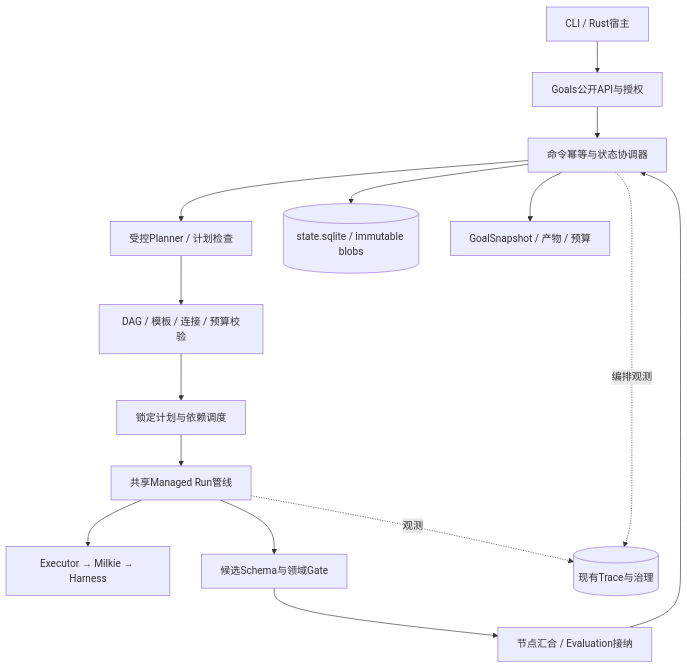
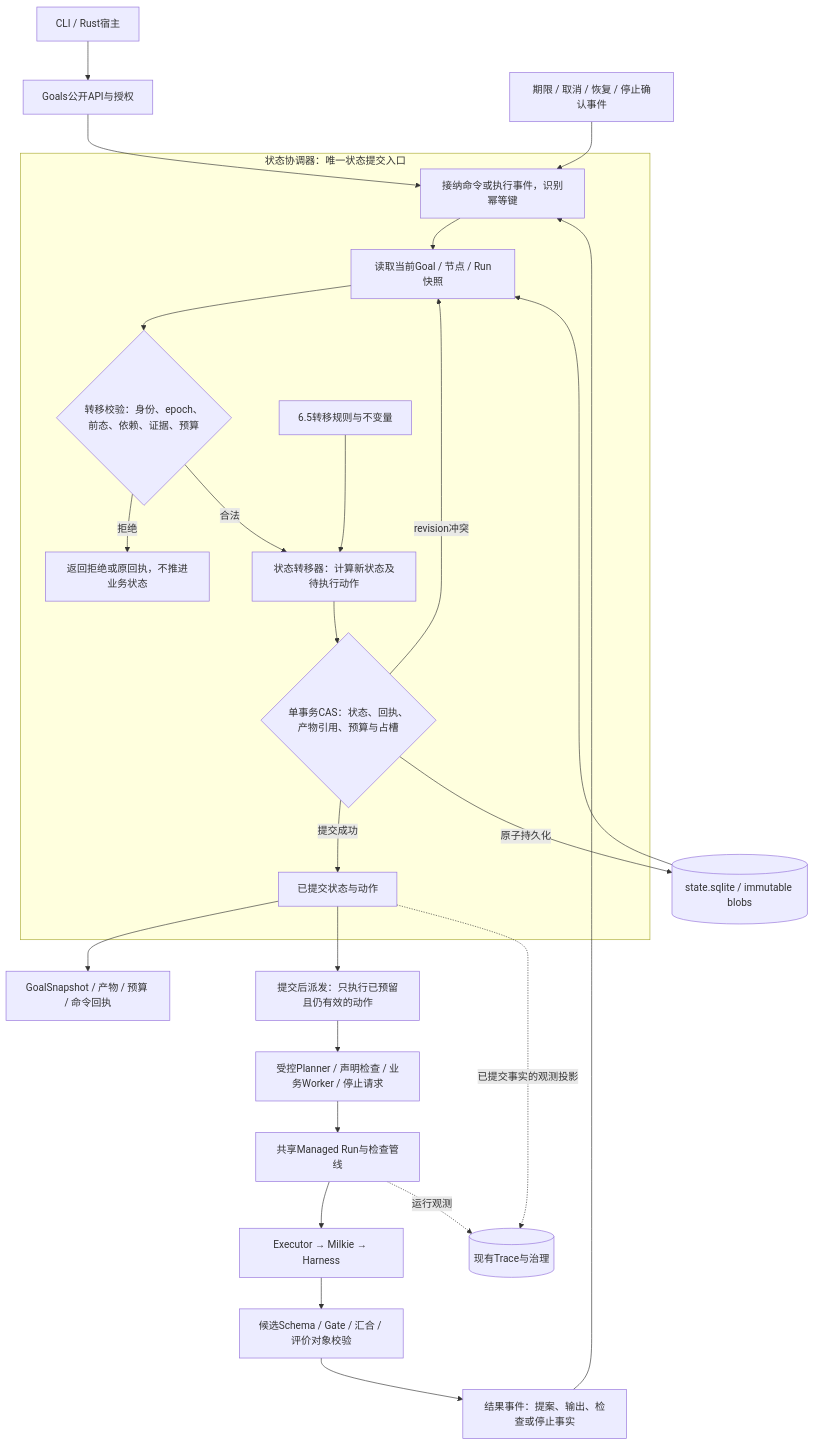
Before and after one commit to xforce-io/taskloop: the second of 2 diagrams in docs/design/10-goal-dag-orchestration.md, drawn with Mermaid. The commit also changed other lines of this file and 1 other file, not shown here.

Commit message:
docs: expose state transition handling in orchestration architecture

````diff
--- a/docs/design/10-goal-dag-orchestration.md
+++ b/docs/design/10-goal-dag-orchestration.md
@@ -100,17 +102,28 @@
 ```mermaid
 flowchart TD
  C[CLI / Rust宿主] --> A[Goals公开API与授权]
- A --> Q[命令幂等与状态协调器]
- Q --> P[受控Planner / 计划检查]
- P --> V[DAG / 模板 / 连接 / 预算校验]
- V --> S[锁定计划与依赖调度]
- S --> M[共享Managed Run管线]
+ A --> E
+ K[期限 / 取消 / 恢复 / 停止确认事件] --> E
+ subgraph Q[状态协调器：唯一状态提交入口]
+  E[接纳命令或执行事件，识别幂等键] --> R[读取当前Goal / 节点 / Run快照]
+  R --> V{转移校验：身份、epoch、前态、依赖、证据、预算}
+  V -->|拒绝| X[返回拒绝或原回执，不推进业务状态]
+  V -->|合法| D[状态转移器：计算新状态及待执行动作]
+  RULE[6.5转移规则与不变量] --> D
+  D --> TX{单事务CAS：状态、回执、产物引用、预算与占槽}
+  TX -->|revision冲突| R
+  TX -->|提交成功| F[已提交状态与动作]
+ end
+ DB[(state.sqlite / immutable blobs)] --> R
+ TX -->|原子持久化| DB
+ F --> O[GoalSnapshot / 产物 / 预算 / 命令回执]
+ F --> S[提交后派发：只执行已预留且仍有效的动作]
+ S --> P[受控Planner / 声明检查 / 业务Worker / 停止请求]
+ P --> M[共享Managed Run与检查管线]
  M --> H[Executor → Milkie → Harness]
- M --> G[候选Schema与领域Gate]
- G --> J[节点汇合 / Evaluation接纳]
- J --> Q
- Q --> DB[(state.sqlite / immutable blobs)]
- M -.观测.-> T[(现有Trace与治理)]
- Q -.编排观测.-> T
- Q --> O[GoalSnapshot / 产物 / 预算]
+ H --> G[候选Schema / Gate / 汇合 / 评价对象校验]
+ G --> B[结果事件：提案、输出、检查或停止事实]
+ B --> E
+ F -.已提交事实的观测投影.-> T[(现有Trace与治理)]
+ M -.运行观测.-> T
 ```
````
